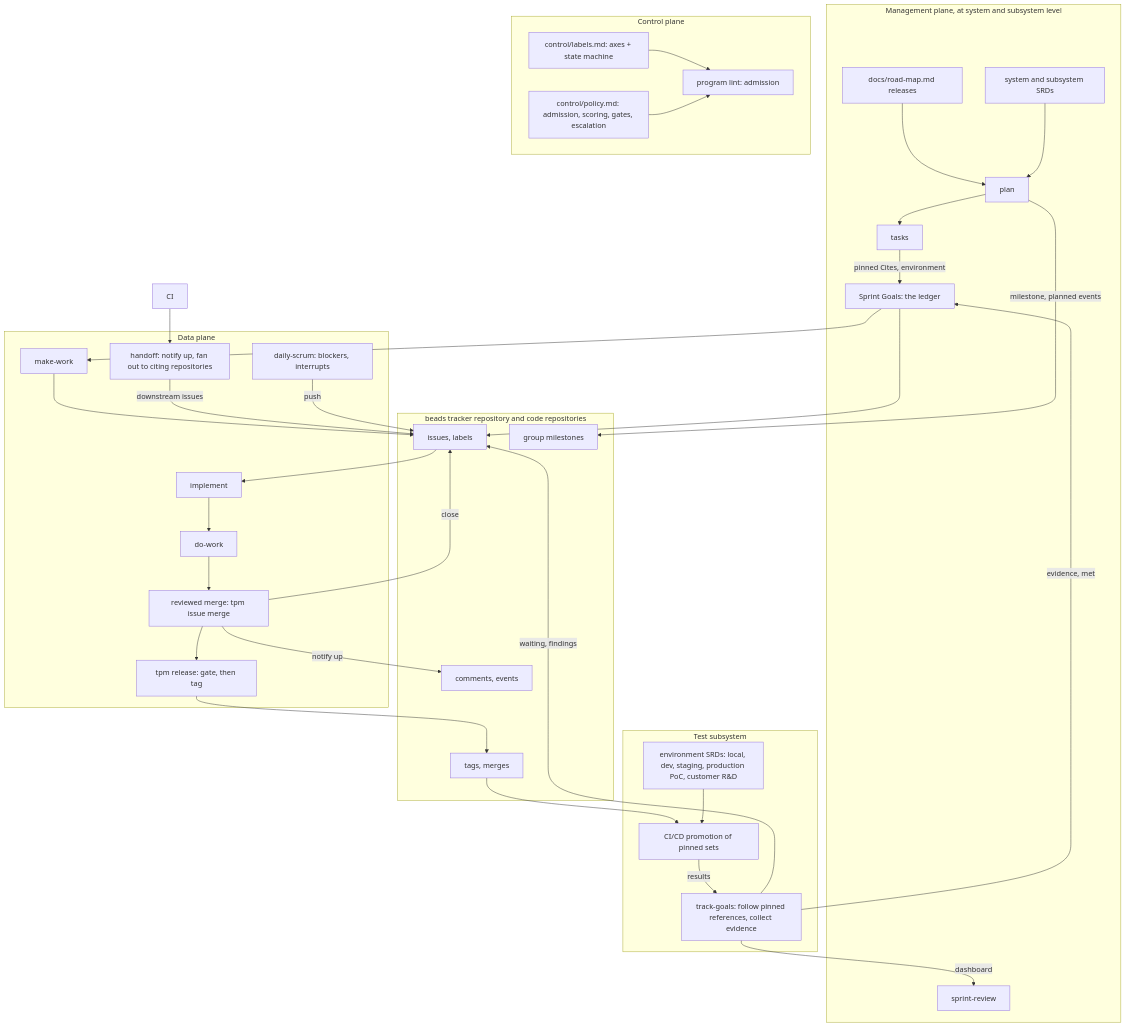
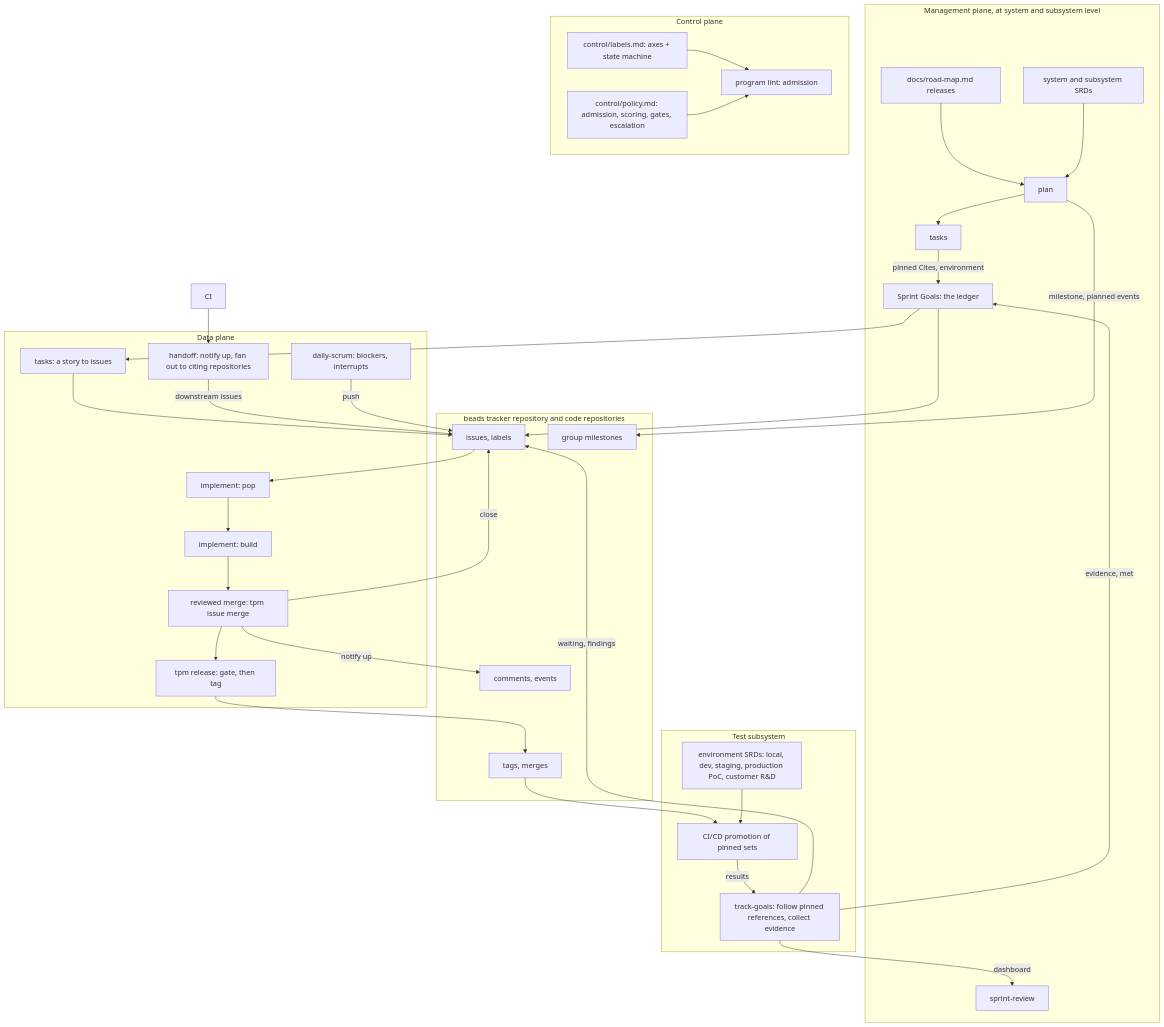
The diagram in docs/ARCHITECTURE.md (gray-lake-labs/declarative-agents), drawn with Mermaid before and after one commit. The commit also changed other lines of this file and 31 other files, not shown here.

````diff
--- a/docs/ARCHITECTURE.md
+++ b/docs/ARCHITECTURE.md
@@ -75,63 +75,63 @@
 ```mermaid
 flowchart TB
   subgraph MGMT[Management plane, at system and subsystem level]
     ROADMAP[docs/road-map.md releases]
     SRDS[system and subsystem SRDs]
     PLAN[plan]
     GOALS[tasks]
     OBJ[Sprint Goals: the ledger]
     REVIEW[sprint-review]
   end
 
   subgraph CTRL[Control plane]
     LABELS[control/labels.md: axes + state machine]
     POLICY[control/policy.md: admission, scoring, gates, escalation]
     LINT[program lint: admission]
   end
 
   subgraph DATA[Data plane]
-    MAKE[make-work]
-    POP[implement]
-    WORK[do-work]
+    MAKE[tasks: a story to issues]
+    POP[implement: pop]
+    WORK[implement: build]
     MR[reviewed merge: tpm issue merge]
     RELEASE[tpm release: gate, then tag]
     HANDOFF[handoff: notify up, fan out to citing repositories]
     TODAY[daily-scrum: blockers, interrupts]
   end
 
   subgraph TEST[Test subsystem]
     ENVS[environment SRDs: local, dev, staging, production PoC, customer R&D]
     PROMOTE[CI/CD promotion of pinned sets]
     TRACK[track-goals: follow pinned references, collect evidence]
   end
 
   subgraph TRACKER[beads tracker repository and code repositories]
     ISSUES[issues, labels]
     MILESTONES[group milestones]
     COMMENTS[comments, events]
     TAGS[tags, merges]
   end
 
   ROADMAP --> PLAN
   SRDS --> PLAN
   PLAN -->|milestone, planned events| MILESTONES
   PLAN --> GOALS
   GOALS -->|pinned Cites, environment| OBJ
   OBJ --> ISSUES
   OBJ --> MAKE --> ISSUES
   LABELS --> LINT
   POLICY --> LINT
   ISSUES --> POP --> WORK --> MR
   MR -->|close| ISSUES
   MR -->|notify up| COMMENTS
   MR --> RELEASE --> TAGS
   CI --> HANDOFF
   HANDOFF -->|downstream issues| ISSUES
   TAGS --> PROMOTE
   ENVS --> PROMOTE
   PROMOTE -->|results| TRACK
   TRACK -->|evidence, met| OBJ
   TRACK -->|waiting, findings| ISSUES
   TRACK -->|dashboard| REVIEW
   TODAY -->|push| ISSUES
 ```
````
